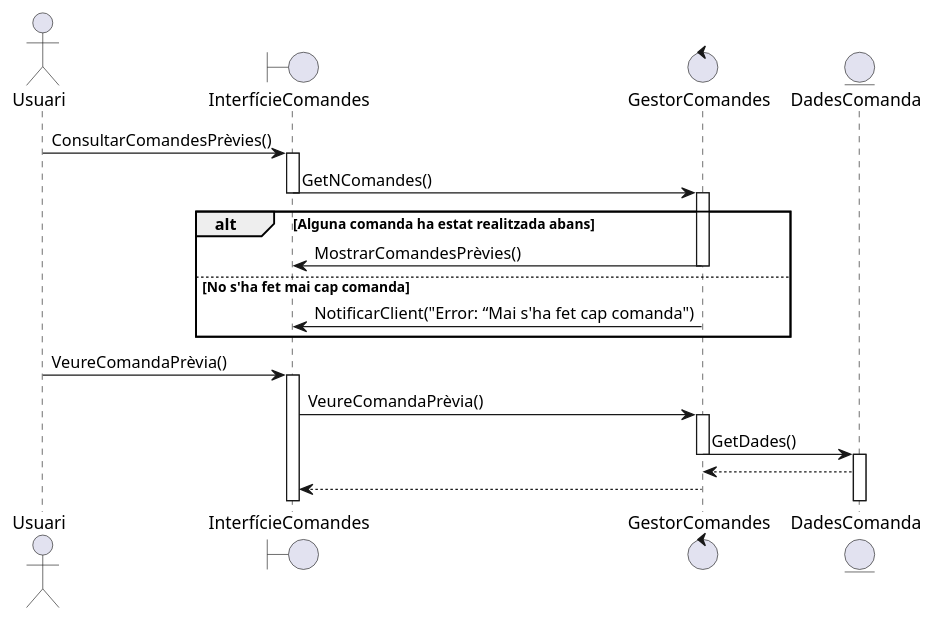
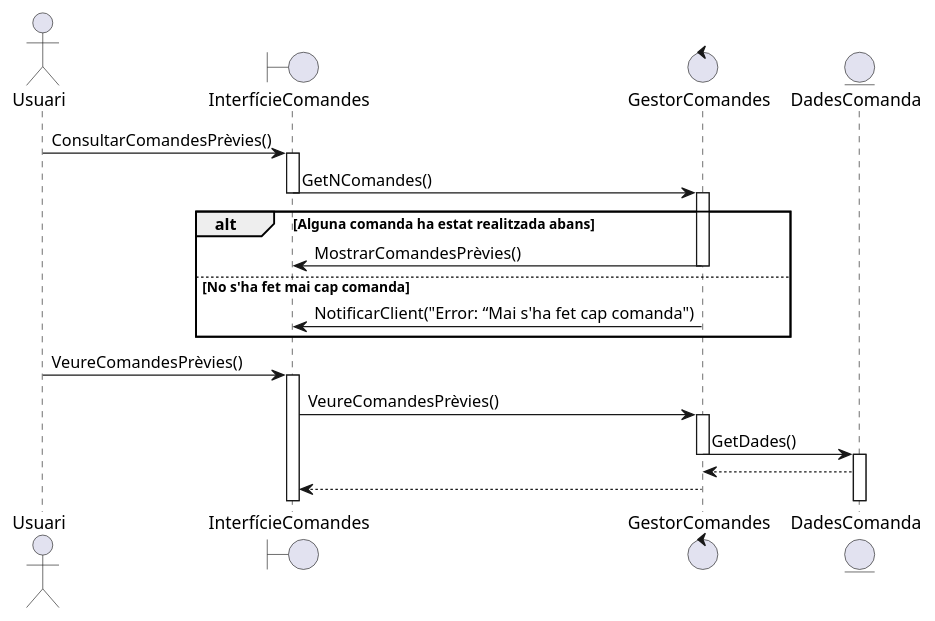
Before and after one commit to martipages/ES23UAB431-02: the diagram in documents/Diagrames i Especificacions/Seqüencia/seta/1-Consultar comandes prèvies.puml, drawn with PlantUML. The commit also changed 16 other files, not shown here.

```diff
--- a/documents/Diagrames i Especificacions/Seqüencia/seta/1-Consultar comandes prèvies.puml
+++ b/documents/Diagrames i Especificacions/Seqüencia/seta/1-Consultar comandes prèvies.puml
@@ -1,24 +1,24 @@
 @startuml
 
 actor Usuari
 boundary InterfícieComandes
 control GestorComandes
 entity DadesComanda
 
 Usuari -> InterfícieComandes++: ConsultarComandesPrèvies()
 InterfícieComandes -> GestorComandes--++: GetNComandes()
 alt Alguna comanda ha estat realitzada abans
 GestorComandes->InterfícieComandes--: MostrarComandesPrèvies() 
 else No s'ha fet mai cap comanda
 GestorComandes->InterfícieComandes: NotificarClient("Error: “Mai s'ha fet cap comanda")
 end
 
-Usuari -> InterfícieComandes++: VeureComandaPrèvia()
-InterfícieComandes -> GestorComandes++: VeureComandaPrèvia()
+Usuari -> InterfícieComandes++: VeureComandesPrèvies()
+InterfícieComandes -> GestorComandes++: VeureComandesPrèvies()
 GestorComandes -> DadesComanda--++: GetDades()
 DadesComanda --> GestorComandes
 GestorComandes --> InterfícieComandes
 
 
 
 @enduml
```
